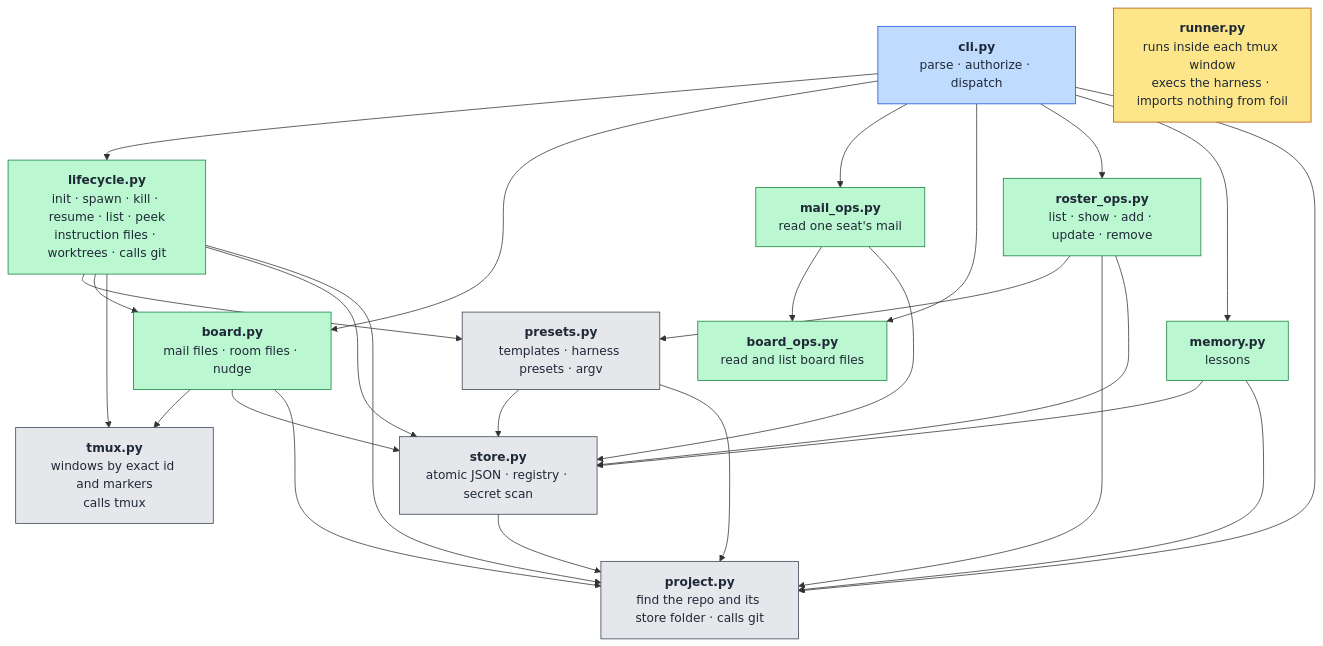
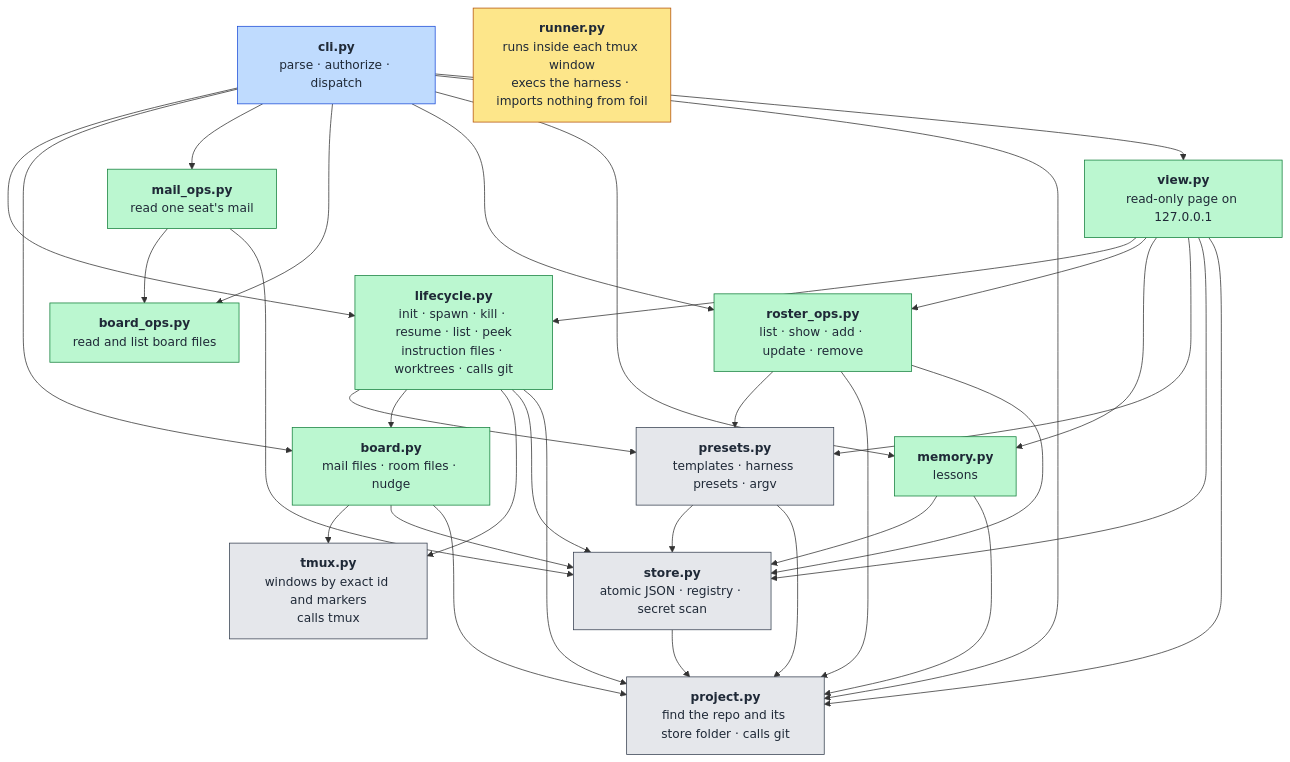
One commit to TiantianFlow/foil changed the first of 2 diagrams in docs/architecture.md. Above: the diagram before and after it, drawn with Mermaid. The commit also changed other lines of this file and 22 other files, not shown here.

First line of the commit message:
Add foil view, the read-only project page.

````diff
--- a/docs/architecture.md
+++ b/docs/architecture.md
@@ -30,54 +31,62 @@
 ```mermaid
 flowchart TB
   cli["<b>cli.py</b><br/>parse · authorize · dispatch"]
 
   lifecycle["<b>lifecycle.py</b><br/>init · spawn · kill · resume · list · peek<br/>instruction files · worktrees · calls git"]
   board["<b>board.py</b><br/>mail files · room files · nudge"]
   mail_ops["<b>mail_ops.py</b><br/>read one seat's mail"]
   board_ops["<b>board_ops.py</b><br/>read and list board files"]
   roster_ops["<b>roster_ops.py</b><br/>list · show · add · update · remove"]
   memory["<b>memory.py</b><br/>lessons"]
+  view["<b>view.py</b><br/>read-only page on 127.0.0.1"]
 
   presets["<b>presets.py</b><br/>templates · harness presets · argv"]
   tmuxmod["<b>tmux.py</b><br/>windows by exact id and markers<br/>calls tmux"]
   store["<b>store.py</b><br/>atomic JSON · registry · secret scan"]
 
   project["<b>project.py</b><br/>find the repo and its store folder · calls git"]
 
   runner["<b>runner.py</b><br/>runs inside each tmux window<br/>execs the harness · imports nothing from foil"]
 
   cli --> lifecycle
   cli --> board
   cli --> mail_ops
   cli --> board_ops
   cli --> roster_ops
   cli --> memory
   cli --> project
+  cli --> view
+  view --> lifecycle
+  view --> roster_ops
+  view --> memory
+  view --> presets
+  view --> store
+  view --> project
   lifecycle --> presets
   lifecycle --> board
   lifecycle --> tmuxmod
   lifecycle --> store
   lifecycle --> project
   board --> tmuxmod
   board --> store
   board --> project
   mail_ops --> board_ops
   mail_ops --> store
   roster_ops --> presets
   roster_ops --> project
   roster_ops --> store
   memory --> store
   memory --> project
   presets --> store
   presets --> project
   store --> project
 
   classDef entry fill:#bfdbfe,stroke:#1d4ed8,color:#1f2937
   classDef core fill:#bbf7d0,stroke:#15803d,color:#1f2937
   classDef base fill:#e5e7eb,stroke:#374151,color:#1f2937
   classDef apart fill:#fde68a,stroke:#b45309,color:#1f2937
   class cli entry
-  class lifecycle,board,mail_ops,board_ops,roster_ops,memory core
+  class lifecycle,board,mail_ops,board_ops,roster_ops,memory,view core
   class presets,tmuxmod,store,project base
   class runner apart
 ```
````
